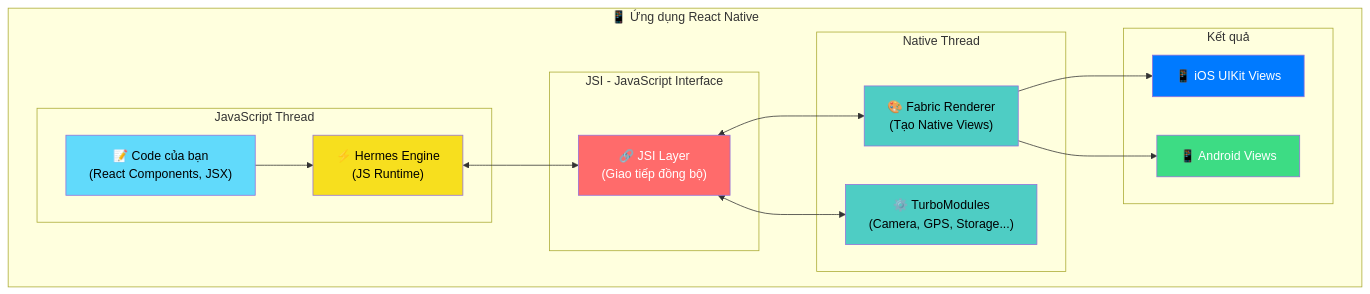
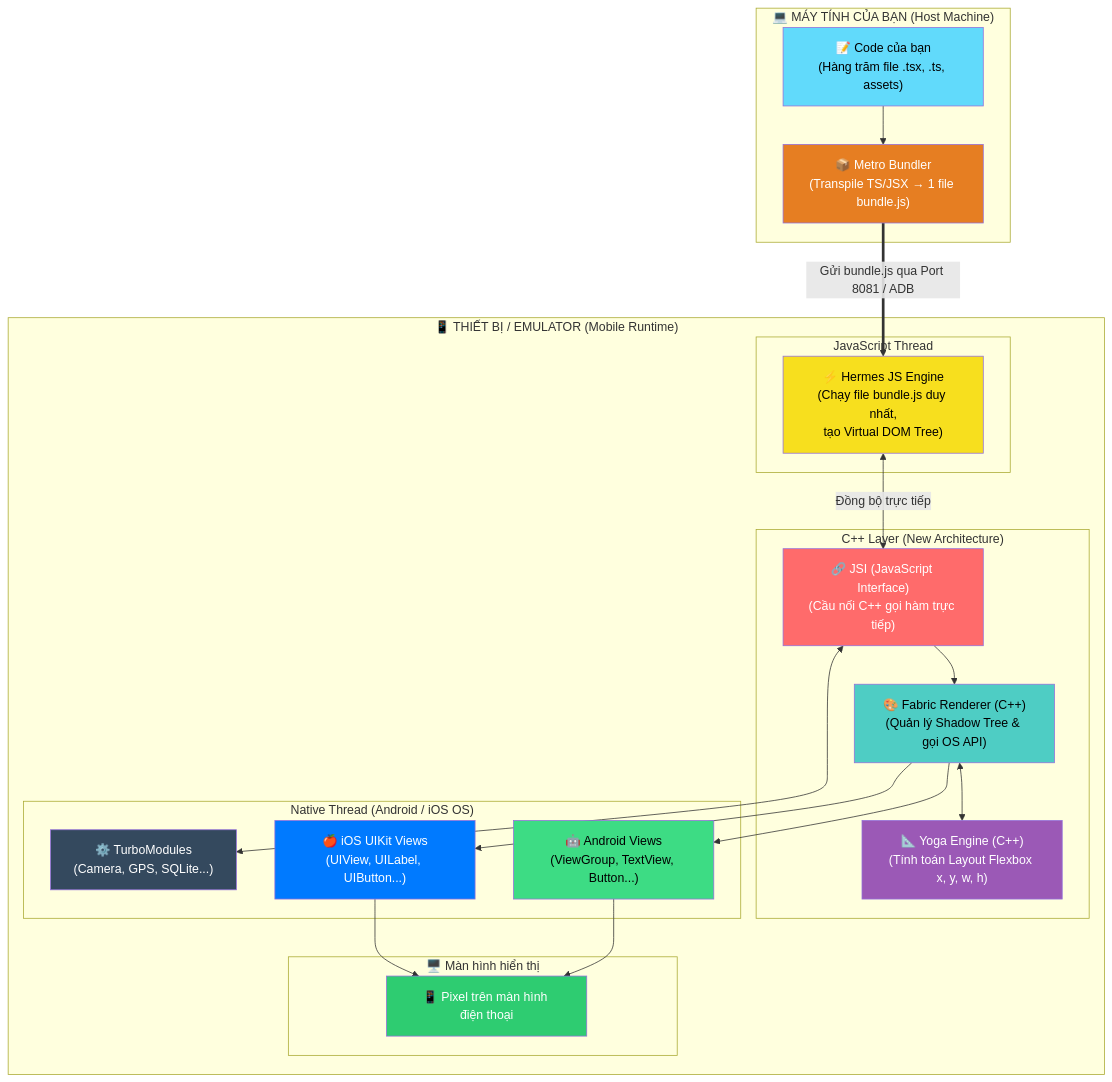
One commit to anhtudayne/ReactNative changed the first of 6 diagrams in TakeNote/Lesson01/bai1_gioi_thieu_react_native.md. Above: the diagram before and after it, drawn with Mermaid. The commit also changed other lines of this file, not shown here.

````diff
--- a/TakeNote/Lesson01/bai1_gioi_thieu_react_native.md
+++ b/TakeNote/Lesson01/bai1_gioi_thieu_react_native.md
@@ -71,38 +71,52 @@
 ```mermaid
 graph TB
-    subgraph "📱 Ứng dụng React Native"
+    subgraph "💻 MÁY TÍNH CỦA BẠN (Host Machine)"
+        A["📝 Code của bạn<br/>(Hàng trăm file .tsx, .ts, assets)"]
+        B["📦 Metro Bundler<br/>(Transpile TS/JSX → 1 file bundle.js)"]
+        A --> B
+    end
+
+    B ==>|"Gửi bundle.js qua Port 8081 / ADB"| C
+
+    subgraph "📱 THIẾT BỊ / EMULATOR (Mobile Runtime)"
         subgraph "JavaScript Thread"
-            A["📝 Code của bạn<br/>(React Components, JSX)"]
-            B["⚡ Hermes Engine<br/>(JS Runtime)"]
-            A --> B
+            C["⚡ Hermes JS Engine<br/>(Chạy file bundle.js duy nhất,<br/>tạo Virtual DOM Tree)"]
         end
         
-        subgraph "JSI - JavaScript Interface"
-            C["🔗 JSI Layer<br/>(Giao tiếp đồng bộ)"]
+        subgraph "C++ Layer (New Architecture)"
+            D["🔗 JSI (JavaScript Interface)<br/>(Cầu nối C++ gọi hàm trực tiếp)"]
+            E["📐 Yoga Engine (C++)<br/>(Tính toán Layout Flexbox x, y, w, h)"]
+            F["🎨 Fabric Renderer (C++)<br/>(Quản lý Shadow Tree & gọi OS API)"]
         end
         
-        subgraph "Native Thread"
-            D["🎨 Fabric Renderer<br/>(Tạo Native Views)"]
-            E["⚙️ TurboModules<br/>(Camera, GPS, Storage...)"]
+        subgraph "Native Thread (Android / iOS OS)"
+            G["🤖 Android Views<br/>(ViewGroup, TextView, Button...)"]
+            H["🍎 iOS UIKit Views<br/>(UIView, UILabel, UIButton...)"]
+            I["⚙️ TurboModules<br/>(Camera, GPS, SQLite...)"]
         end
-        
-        subgraph "Kết quả"
-            F["📱 iOS UIKit Views"]
-            G["📱 Android Views"]
+
+        subgraph "🖥️ Màn hình hiển thị"
+            J["📱 Pixel trên màn hình điện thoại"]
         end
-        
-        B <--> C
-        C <--> D
-        C <--> E
+
+        C <-->|"Đồng bộ trực tiếp"| D
         D --> F
-        D --> G
+        F <--> E
+        D <--> I
+        F --> G
+        F --> H
+        G --> J
+        H --> J
     end
     
     style A fill:#61dafb,color:#000
-    style B fill:#f7df1e,color:#000
-    style C fill:#ff6b6b,color:#fff
-    style D fill:#4ecdc4,color:#000
-    style E fill:#4ecdc4,color:#000
-    style F fill:#007AFF,color:#fff
-    style G fill:#3DDC84,color:#fff
+    style B fill:#e67e22,color:#fff
+    style C fill:#f7df1e,color:#000
+    style D fill:#ff6b6b,color:#fff
+    style E fill:#9b59b6,color:#fff
+    style F fill:#4ecdc4,color:#000
+    style G fill:#3DDC84,color:#000
+    style H fill:#007AFF,color:#fff
+    style I fill:#34495e,color:#fff
+    style J fill:#2ecc71,color:#fff
 ```
````
